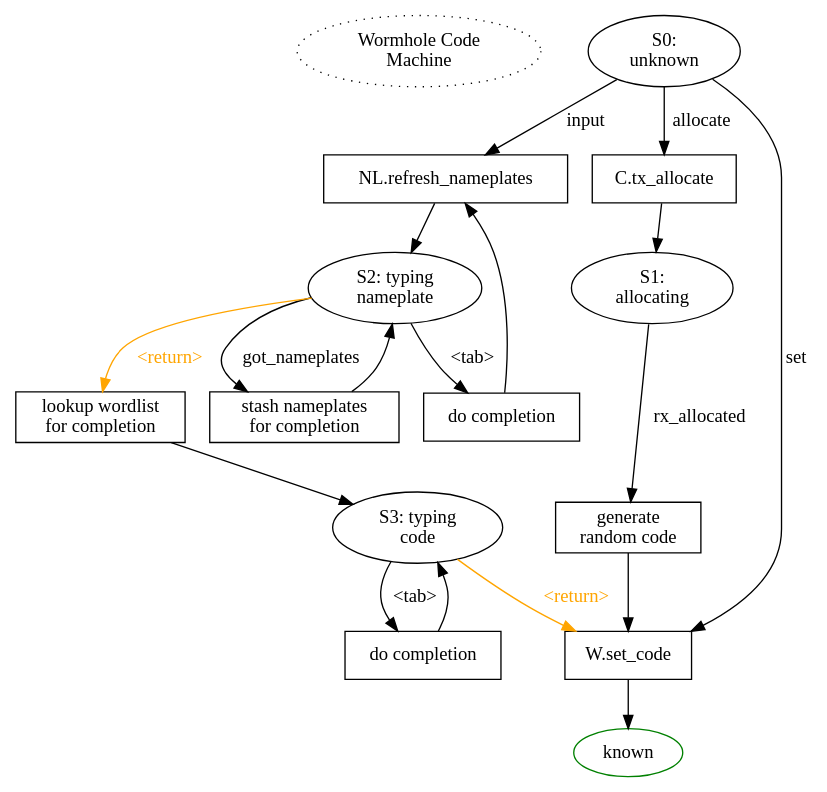
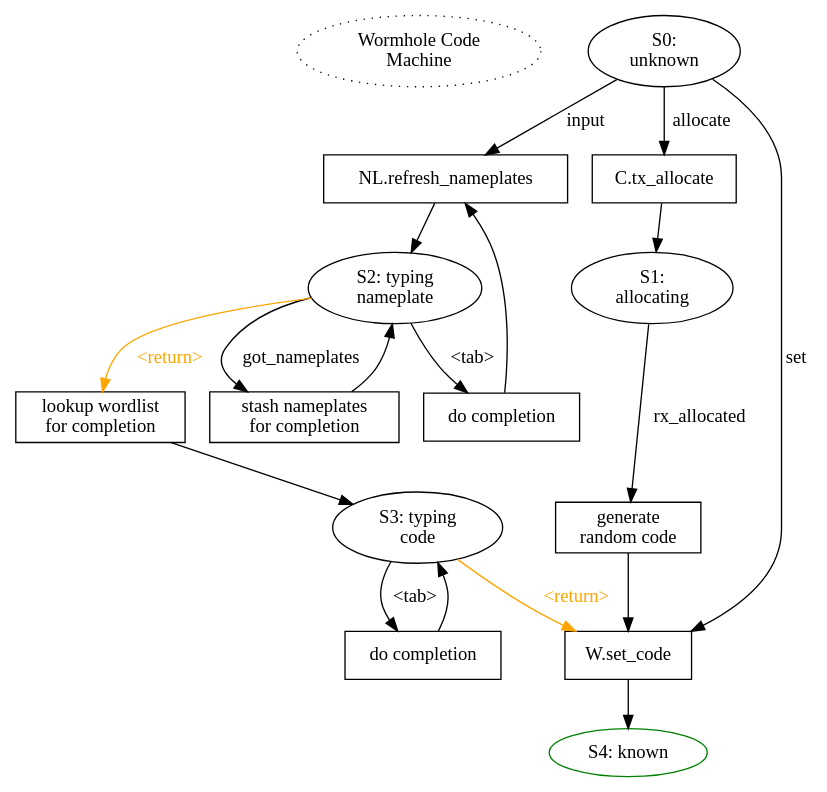
One commit to magic-wormhole/magic-wormhole changed the diagram in docs/code.dot. Above: the diagram before and after it, drawn with Graphviz.

Commit message:
code.dot: better names

```diff
--- a/docs/code.dot
+++ b/docs/code.dot
@@ -1,48 +1,46 @@
 digraph {
 
         start [label="Wormhole Code\nMachine" style="dotted"]
         {rank=same; start S0}
-        {rank=same; P_list_nameplates P_allocate}
+        {rank=same; P0_list_nameplates P0_allocate}
         {rank=same; S1 S2}
-        {rank=same; S3 P_allocate_generate}
+        {rank=same; S3 P1_generate}
         start -> S0 [style="invis"]
         S0 [label="S0:\nunknown"]
-        S0 -> P_set_code [label="set"]
-        P_set_code [shape="box" label="W.set_code"]
-        P_set_code -> S_known
-        S_known [label="known" color="green"]
+        S0 -> P0_set_code [label="set"]
+        P0_set_code [shape="box" label="W.set_code"]
+        P0_set_code -> S4
+        S4 [label="S4: known" color="green"]
 
-        S0 -> P_list_nameplates [label="input"]
+        S0 -> P0_list_nameplates [label="input"]
         S2 [label="S2: typing\nnameplate"]
 
-        S2 -> P_nameplate_completion [label="<tab>"]
-        P_nameplate_completion [shape="box" label="do completion"]
-        P_nameplate_completion -> P_list_nameplates
-        P_list_nameplates [shape="box" label="NL.refresh_nameplates"]
-        P_list_nameplates -> S2
+        S2 -> P2_completion [label="<tab>"]
+        P2_completion [shape="box" label="do completion"]
+        P2_completion -> P0_list_nameplates
+        P0_list_nameplates [shape="box" label="NL.refresh_nameplates"]
+        P0_list_nameplates -> S2
 
-        S2 -> P_got_nameplates [label="got_nameplates"]
-        P_got_nameplates [shape="box" label="stash nameplates\nfor completion"]
-        P_got_nameplates -> S2
-        S2 -> P_finish_nameplate [label="<return>"
-                                                  color="orange"
-                                                  fontcolor="orange"]
-        P_finish_nameplate [shape="box" label="lookup wordlist\nfor completion"]
-        P_finish_nameplate -> S3
+        S2 -> P2_got_nameplates [label="got_nameplates"]
+        P2_got_nameplates [shape="box" label="stash nameplates\nfor completion"]
+        P2_got_nameplates -> S2
+        S2 -> P2_finish [label="<return>" color="orange" fontcolor="orange"]
+        P2_finish [shape="box" label="lookup wordlist\nfor completion"]
+        P2_finish -> S3
         S3 [label="S3: typing\ncode"]
-        S3 -> P_code_completion [label="<tab>"]
-        P_code_completion [shape="box" label="do completion"]
-        P_code_completion -> S3
+        S3 -> P3_completion [label="<tab>"]
+        P3_completion [shape="box" label="do completion"]
+        P3_completion -> S3
 
-        S3 -> P_set_code [label="<return>"
+        S3 -> P0_set_code [label="<return>"
                                      color="orange" fontcolor="orange"]
 
-        S0 -> P_allocate [label="allocate"]
-        P_allocate [shape="box" label="C.tx_allocate"]
-        P_allocate -> S1
+        S0 -> P0_allocate [label="allocate"]
+        P0_allocate [shape="box" label="C.tx_allocate"]
+        P0_allocate -> S1
         S1 [label="S1:\nallocating"]
-        S1 -> P_allocate_generate [label="rx_allocated"]
-        P_allocate_generate [shape="box" label="generate\nrandom code"]
-        P_allocate_generate -> P_set_code
+        S1 -> P1_generate [label="rx_allocated"]
+        P1_generate [shape="box" label="generate\nrandom code"]
+        P1_generate -> P0_set_code
         
 }
```
